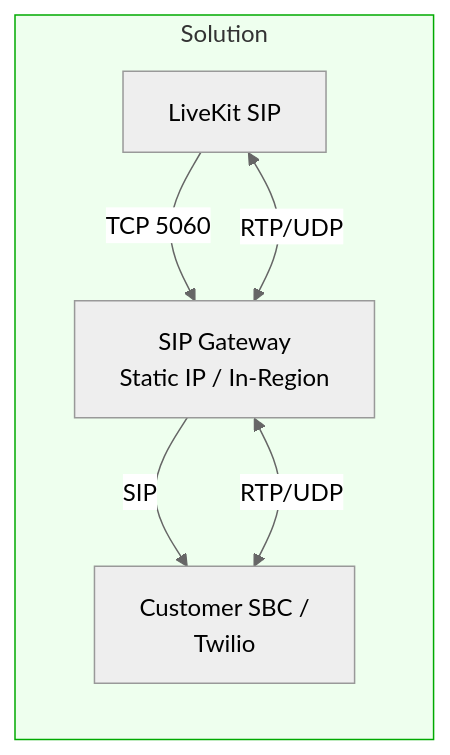
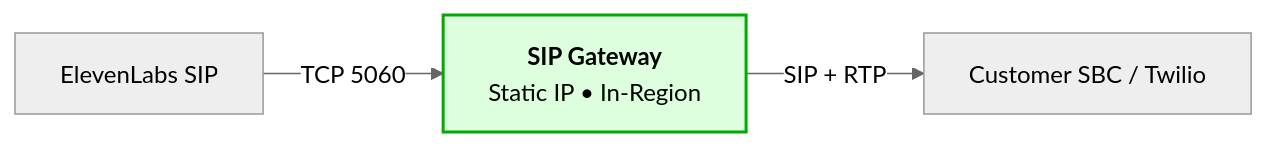
The second of 4 diagrams in README.md (Jitendra2603/sip-gateway), drawn with Mermaid (neutral theme) before and after one commit. The commit also changed other lines of this file and 15 other files, not shown here.

First line of the commit message:
SIP gateway for ElevenLabs telephony

````diff
--- a/README.md
+++ b/README.md
@@ -20,11 +40,6 @@
 ```mermaid
 graph LR
-    subgraph Solution
-        LK[LiveKit SIP] -->|TCP 5060| GW[SIP Gateway<br/>Static IP / In-Region]
-        GW -->|SIP| SBC[Customer SBC /<br/>Twilio]
-        LK <-->|RTP/UDP| GW
-        GW <-->|RTP/UDP| SBC
-    end
-
-    style Solution fill:#efe,stroke:#0a0
+    LK[ElevenLabs SIP] -->|TCP 5060| GW["<b>SIP Gateway</b><br/>Static IP • In-Region"]
+    GW -->|SIP + RTP| SBC[Customer SBC / Twilio]
+    style GW fill:#dfd,stroke:#0a0,stroke-width:2px
 ```
````
